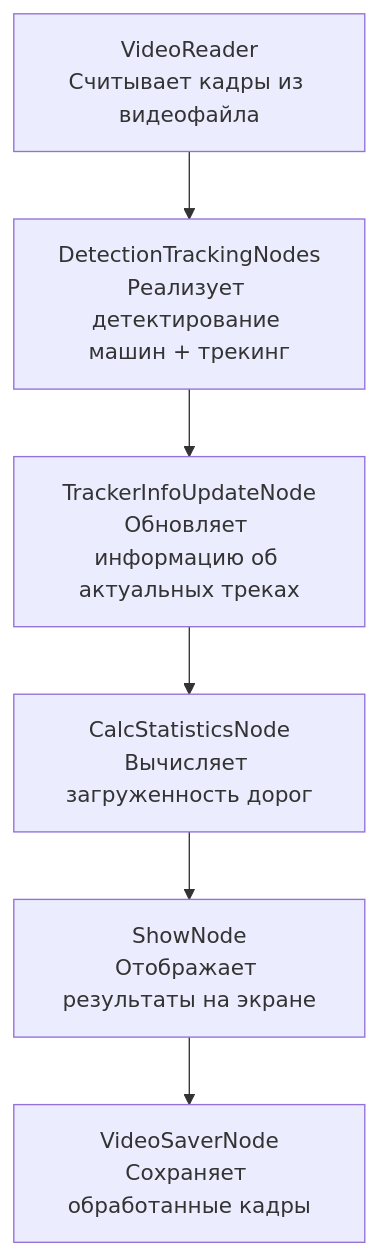
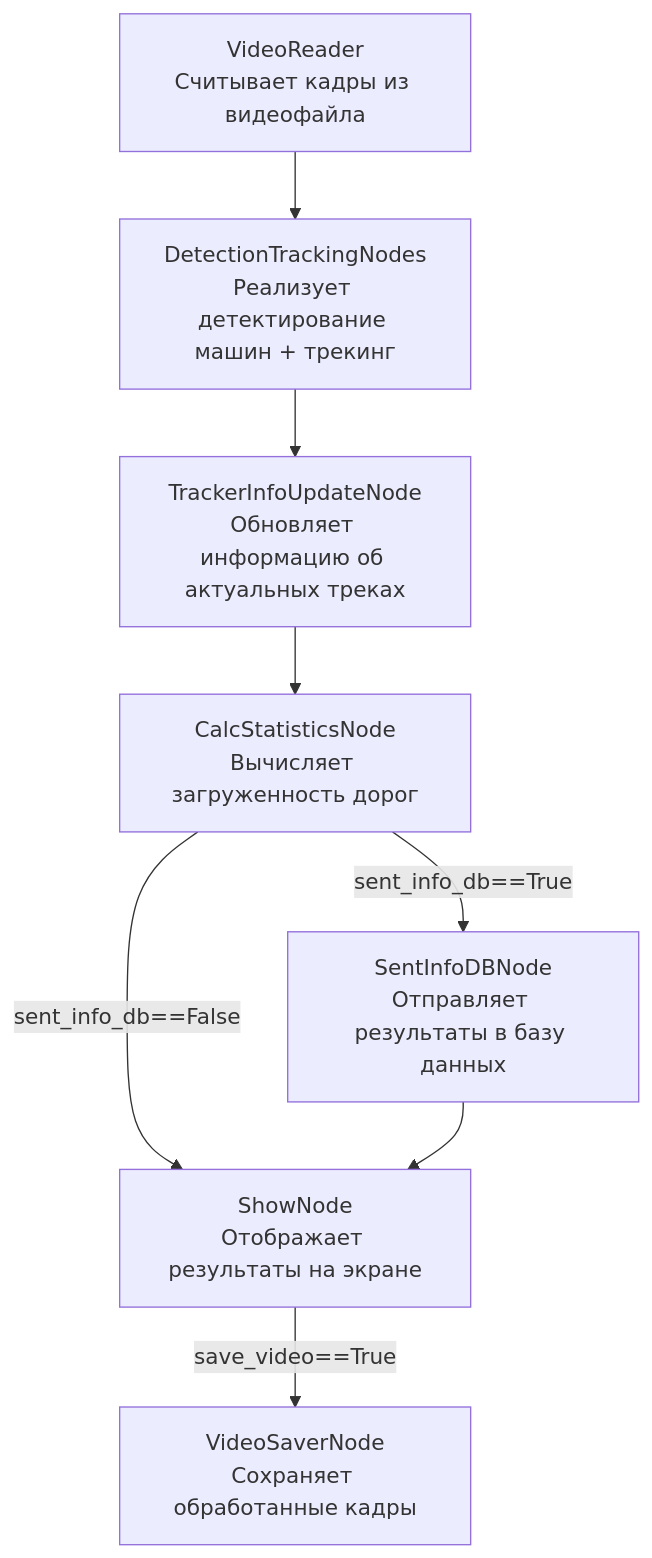
The diagram in README.md (Koldim2001/TrafficAnalyzer), drawn with Mermaid before and after one commit. The commit also changed other lines of this file, not shown here.

````diff
--- a/README.md
+++ b/README.md
@@ -50,8 +52,10 @@
 ```mermaid
 graph TD;
     A["VideoReader<br>Считывает кадры из видеофайла"] --> B["DetectionTrackingNodes<br>Реализует детектирование машин + трекинг"];
     B --> C["TrackerInfoUpdateNode<br>Обновляет информацию об актуальных треках"];
     C --> D["CalcStatisticsNode<br>Вычисляет загруженность дорог"];
-    D --> E["ShowNode<br>Отображает результаты на экране"];
-    E --> F["VideoSaverNode<br>Сохраняет обработанные кадры"];
+    D --sent_info_db==False --> F;
+    D --sent_info_db==True --> E["SentInfoDBNode<br>Отправляет результаты в базу данных"];
+    E --> F["ShowNode<br>Отображает результаты на экране"];
+    F --save_video==True --> H["VideoSaverNode<br>Сохраняет обработанные кадры"];
 ```
````
